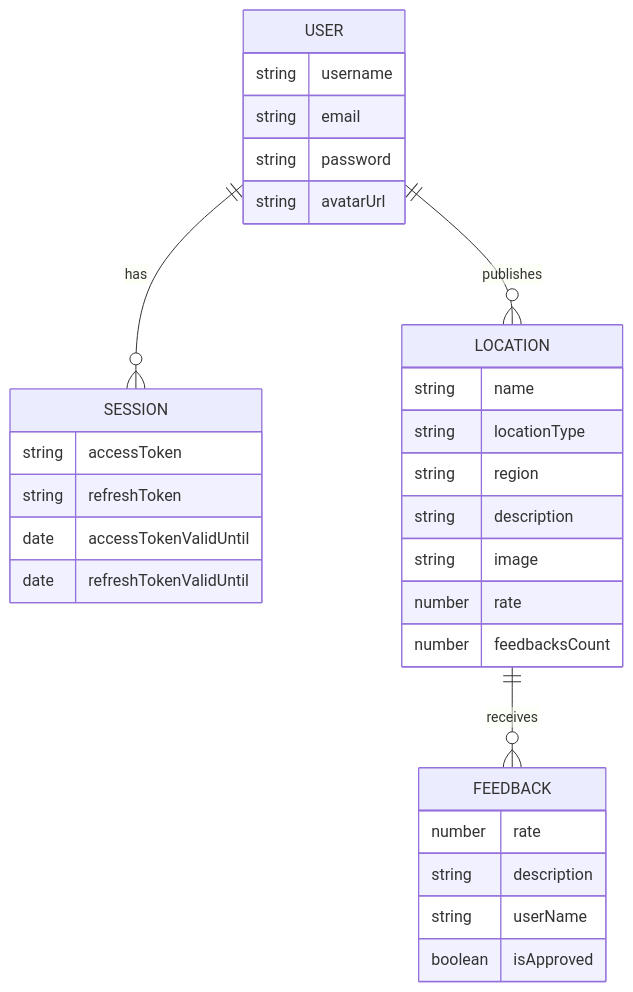
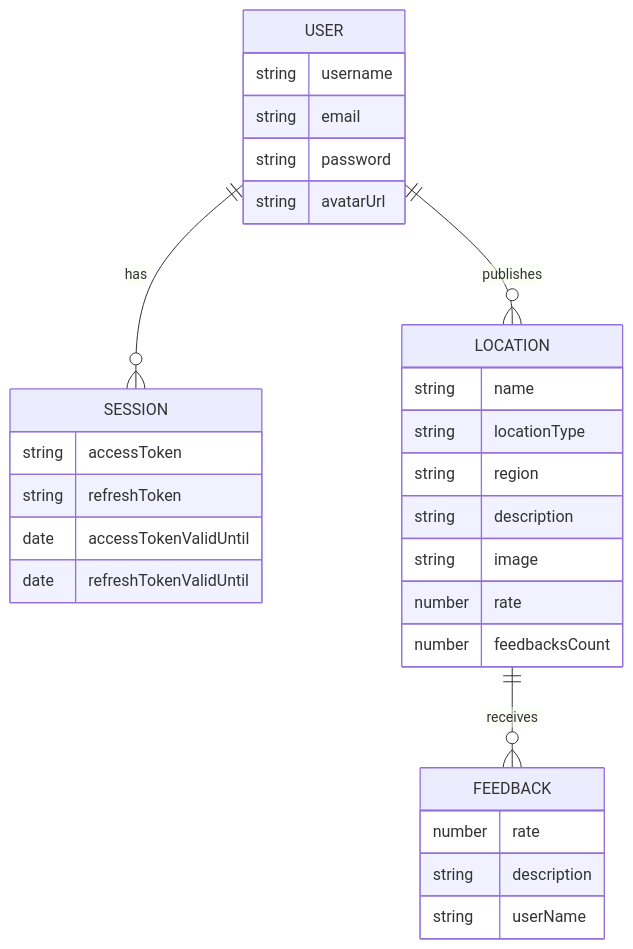
One commit to AntoniiViazovskyi/DiscoveryUA_BS changed the second of 2 diagrams in README.md. Above: the diagram before and after it, drawn with Mermaid. The commit also changed other lines of this file and 5 other files, not shown here.

````diff
--- a/README.md
+++ b/README.md
@@ -115,33 +115,32 @@
 ```mermaid
 erDiagram
   USER ||--o{ SESSION : "has"
   USER ||--o{ LOCATION : "publishes"
   LOCATION ||--o{ FEEDBACK : "receives"
   USER {
     string username
     string email
     string password
     string avatarUrl
   }
   SESSION {
     string accessToken
     string refreshToken
     date accessTokenValidUntil
     date refreshTokenValidUntil
   }
   LOCATION {
     string name
     string locationType
     string region
     string description
     string image
     number rate
     number feedbacksCount
   }
   FEEDBACK {
     number rate
     string description
     string userName
-    boolean isApproved
   }
 ```
````
